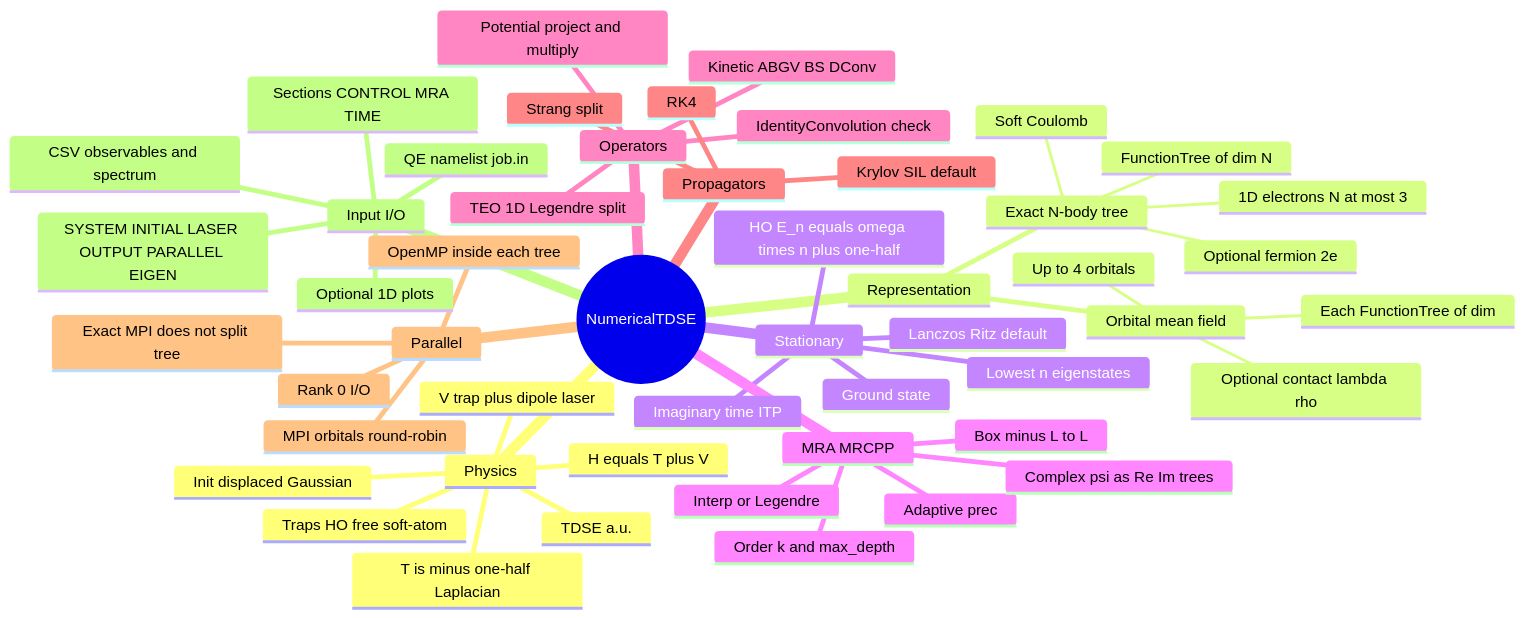
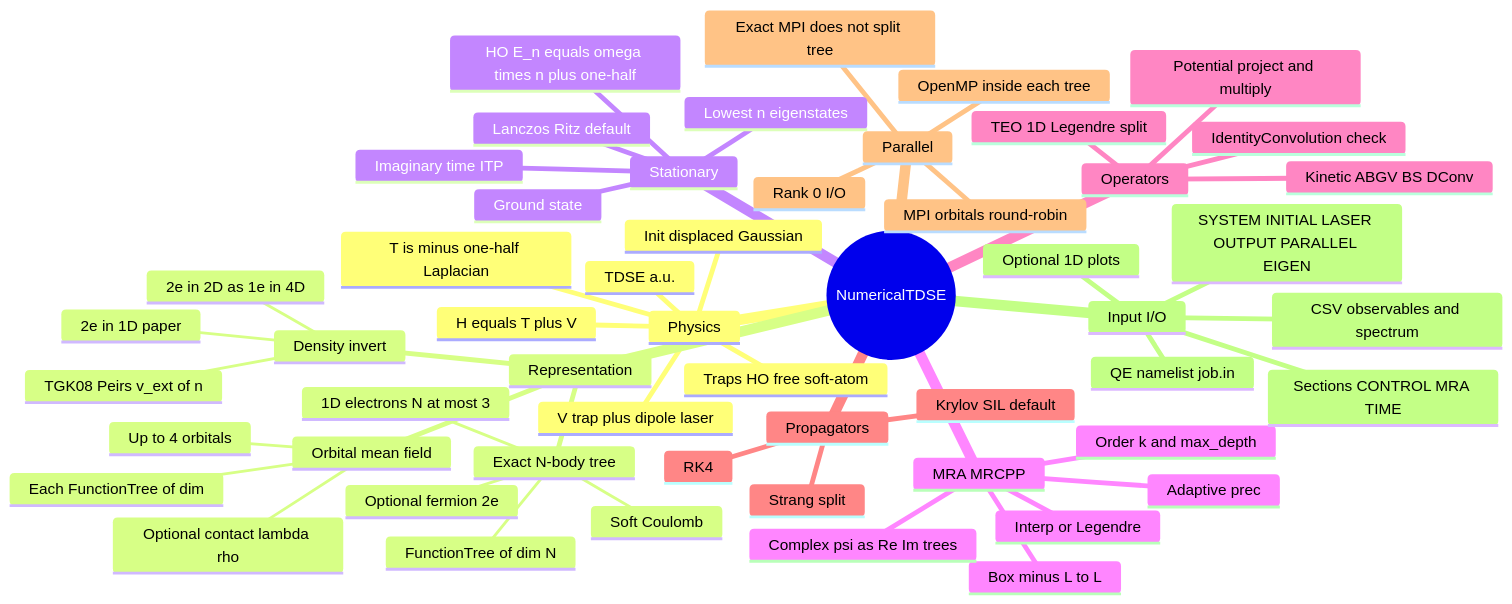
One commit to kluonju/NumericalTDSE changed the first of 2 diagrams in README.md. Above: the diagram before and after it, drawn with Mermaid. The commit also changed other lines of this file and 15 other files, not shown here.

First line of the commit message:
Add TGK08 two-electron density-to-potential inversion

````diff
--- a/README.md
+++ b/README.md
@@ -16,53 +16,57 @@
 ```mermaid
 mindmap
   root((NumericalTDSE))
     Physics
       TDSE a.u.
       H equals T plus V
       T is minus one-half Laplacian
       V trap plus dipole laser
       Traps HO free soft-atom
       Init displaced Gaussian
     Representation
       Exact N-body tree
         1D electrons N at most 3
         FunctionTree of dim N
         Soft Coulomb
         Optional fermion 2e
+      Density invert
+        TGK08 Peirs v_ext of n
+        2e in 1D paper
+        2e in 2D as 1e in 4D
       Orbital mean field
         Up to 4 orbitals
         Each FunctionTree of dim
         Optional contact lambda rho
     Stationary
       Ground state
       Lowest n eigenstates
       Lanczos Ritz default
       Imaginary time ITP
       HO E_n equals omega times n plus one-half
     MRA MRCPP
       Box minus L to L
       Order k and max_depth
       Adaptive prec
       Interp or Legendre
       Complex psi as Re Im trees
     Operators
       Kinetic ABGV BS DConv
       Potential project and multiply
       IdentityConvolution check
       TEO 1D Legendre split
     Propagators
       Krylov SIL default
       Strang split
       RK4
     Parallel
       OpenMP inside each tree
       MPI orbitals round-robin
       Rank 0 I/O
       Exact MPI does not split tree
     Input I/O
       QE namelist job.in
       Sections CONTROL MRA TIME
       SYSTEM INITIAL LASER OUTPUT PARALLEL EIGEN
       CSV observables and spectrum
       Optional 1D plots
 ```
````
